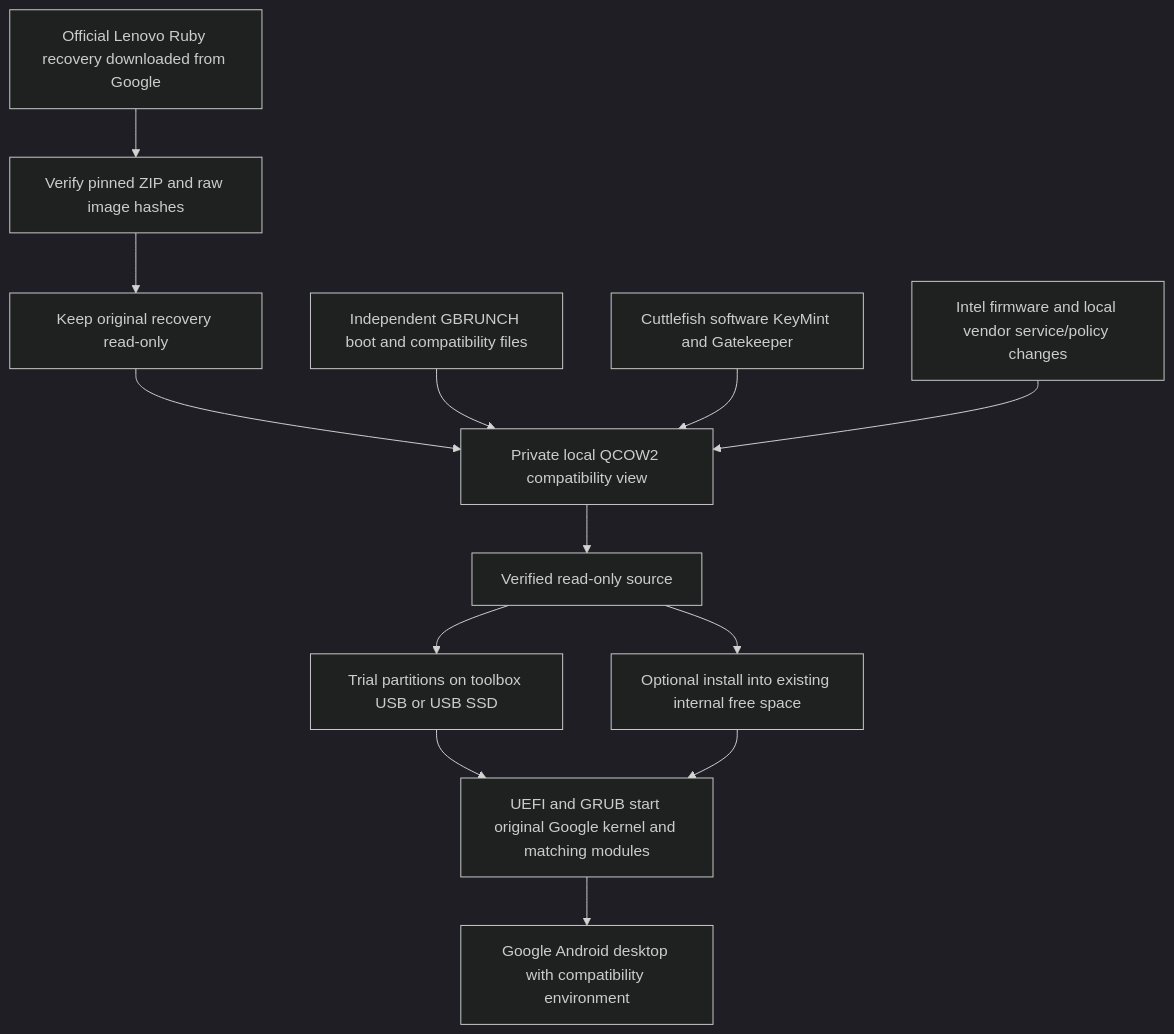
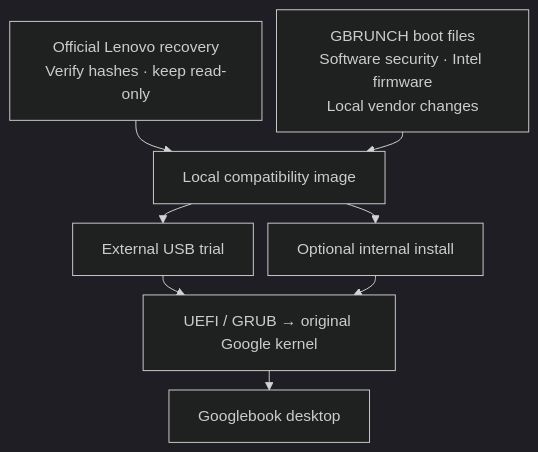
One commit to danbyumagic/gbrunch changed the diagram in README.md. Above: the diagram before and after it, drawn with Mermaid (dark theme).

Commit message:
Compact README architecture diagram

````diff
--- a/README.md
+++ b/README.md
@@ -37,15 +37,11 @@
 ```mermaid
+%%{init: {'flowchart': {'nodeSpacing': 15, 'rankSpacing': 20}}}%%
 flowchart TD
-    A[Official Lenovo Ruby recovery downloaded from Google] --> B[Verify pinned ZIP and raw image hashes]
-    B --> C[Keep original recovery read-only]
-    C --> D[Private local QCOW2 compatibility view]
-    E[Independent GBRUNCH boot and compatibility files] --> D
-    F[Cuttlefish software KeyMint and Gatekeeper] --> D
-    G[Intel firmware and local vendor service/policy changes] --> D
-    D --> H[Verified read-only source]
-    H --> I[Trial partitions on toolbox USB or USB SSD]
-    H --> J[Optional install into existing internal free space]
-    I --> K[UEFI and GRUB start original Google kernel and matching modules]
-    J --> K
-    K --> L[Google Android desktop with compatibility environment]
+    A[Official Lenovo recovery<br/>Verify hashes · keep read-only] --> C[Local compatibility image]
+    B[GBRUNCH boot files<br/>Software security · Intel firmware<br/>Local vendor changes] --> C
+    C --> D[External USB trial]
+    C --> E[Optional internal install]
+    D --> F[UEFI / GRUB → original Google kernel]
+    E --> F
+    F --> G[Googlebook desktop]
 ```
````
